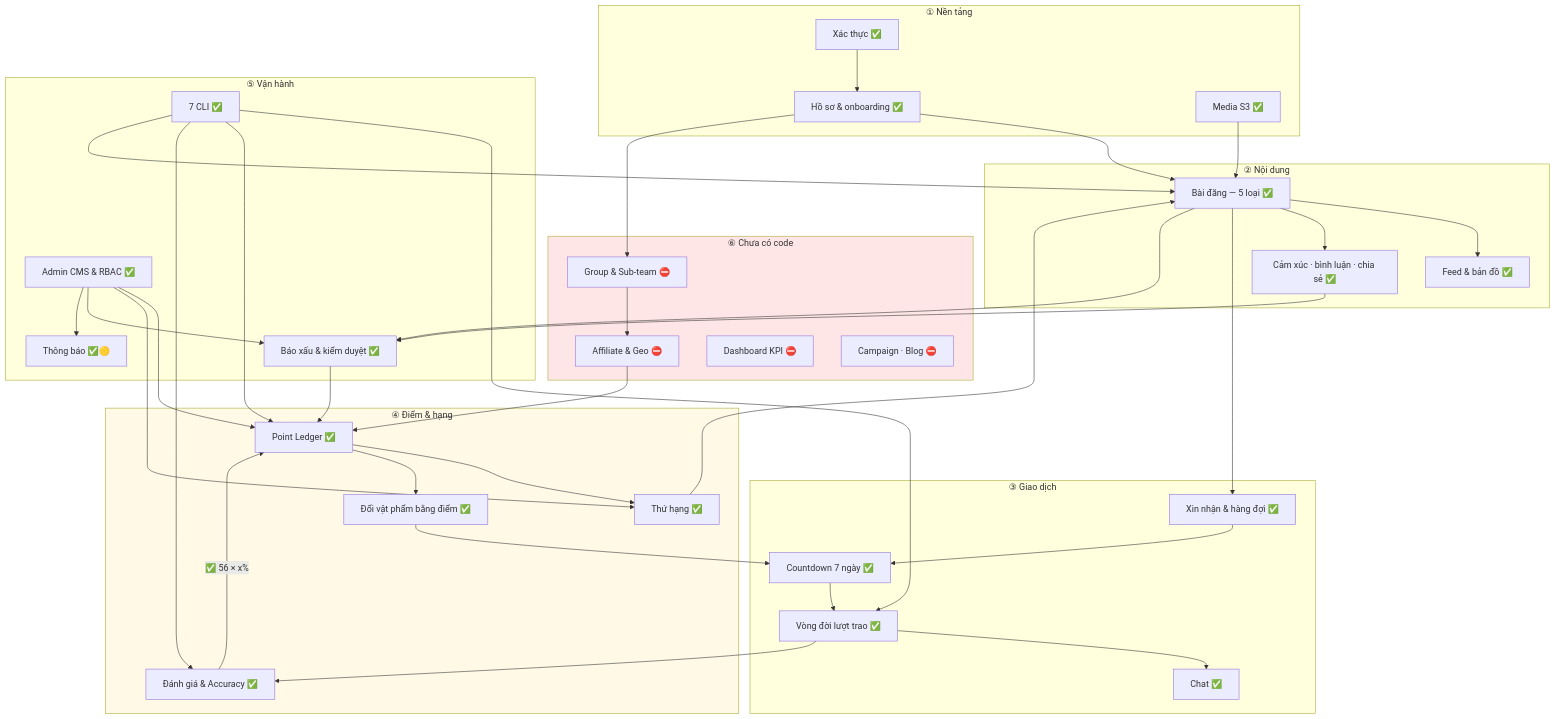
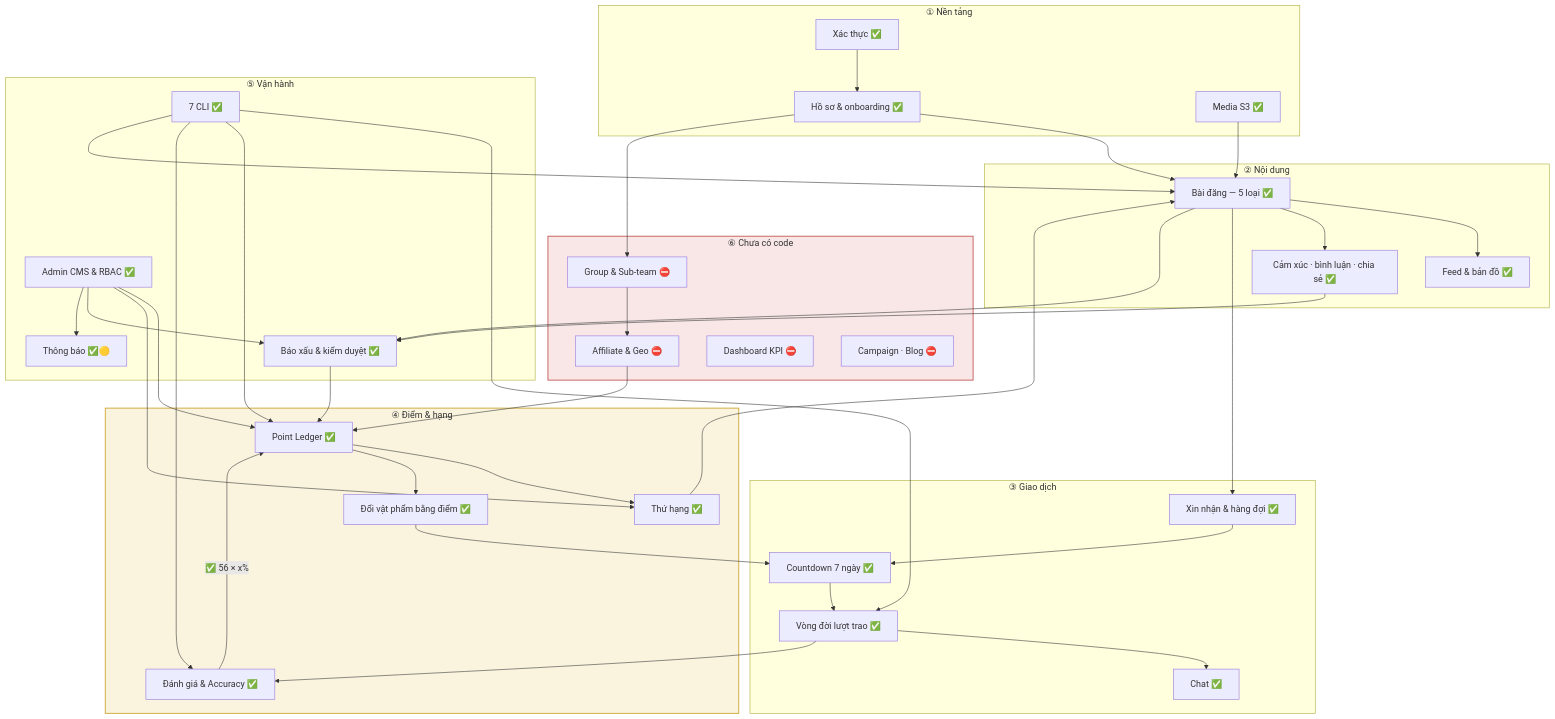
Before and after one commit to fdshn/trueheart: the first of 4 diagrams in docs/diagram/20-overview.md, drawn with Mermaid. The commit also changed 30 other files, not shown here.

First line of the commit message:
docs(diagram): chữ trong khối tô màu đọc được ở cả giao diện sáng và tối

````diff
--- a/docs/diagram/20-overview.md
+++ b/docs/diagram/20-overview.md
@@ -8,71 +8,71 @@
 ```mermaid
 flowchart TB
     subgraph T1["① Nền tảng"]
         AUTH["Xác thực ✅"]
         PROF["Hồ sơ & onboarding ✅"]
         MEDIA["Media S3 ✅"]
     end
 
     subgraph T2["② Nội dung"]
         POST["Bài đăng — 5 loại ✅"]
         FEED["Feed & bản đồ ✅"]
         INT["Cảm xúc · bình luận · chia sẻ ✅"]
     end
 
     subgraph T3["③ Giao dịch"]
         REQ["Xin nhận & hàng đợi ✅"]
         SEL["Countdown 7 ngày ✅"]
         TX["Vòng đời lượt trao ✅"]
         CHAT["Chat ✅"]
     end
 
     subgraph T4["④ Điểm & hạng"]
         PT["Point Ledger ✅"]
         RANK["Thứ hạng ✅"]
         REV["Đánh giá & Accuracy ✅"]
         RED["Đổi vật phẩm bằng điểm ✅"]
     end
 
     subgraph T5["⑤ Vận hành"]
         REP["Báo xấu & kiểm duyệt ✅"]
         ADM["Admin CMS & RBAC ✅"]
         JOB["7 CLI ✅"]
         NOTI["Thông báo ✅🟡"]
     end
 
     subgraph T6["⑥ Chưa có code"]
         GRP["Group & Sub-team ⛔"]
         AFF["Affiliate & Geo ⛔"]
         KPI["Dashboard KPI ⛔"]
         CMS["Campaign · Blog ⛔"]
     end
 
     AUTH --> PROF --> POST
     MEDIA --> POST
     POST --> FEED
     POST --> INT
     POST --> REQ --> SEL --> TX
     TX --> CHAT
     TX --> REV
     REV -->|"✅ 56 × x%"| PT
     PT --> RANK
     RANK --> POST
     PT --> RED
     RED --> SEL
     INT --> REP
     POST --> REP
     REP --> PT
     ADM --> PT
     ADM --> RANK
     ADM --> REP
     ADM --> NOTI
     JOB --> TX
     JOB --> PT
     JOB --> REV
     JOB --> POST
     GRP --> AFF --> PT
     PROF --> GRP
 
-    style T6 fill:#ffe6e6
-    style T4 fill:#fff9e6
+    style T6 fill:#d2464621,stroke:#c0504d,stroke-width:1.5px
+    style T4 fill:#dcb42826,stroke:#c9a227,stroke-width:1.5px
 ```
````
